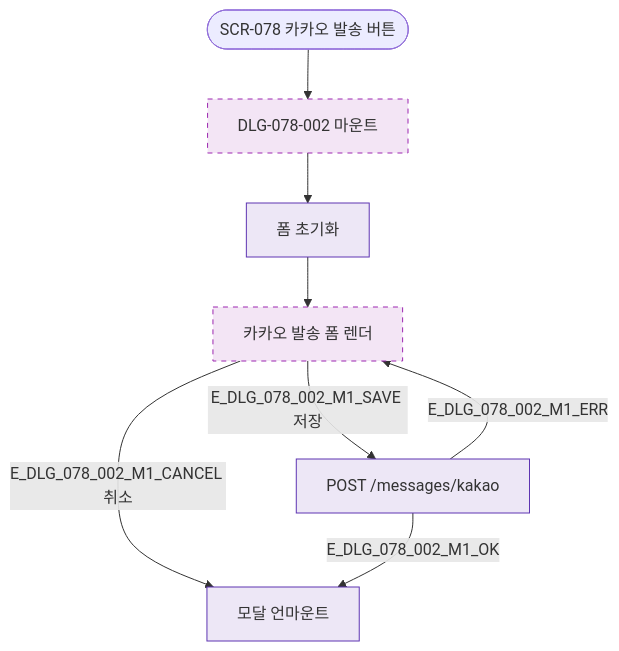
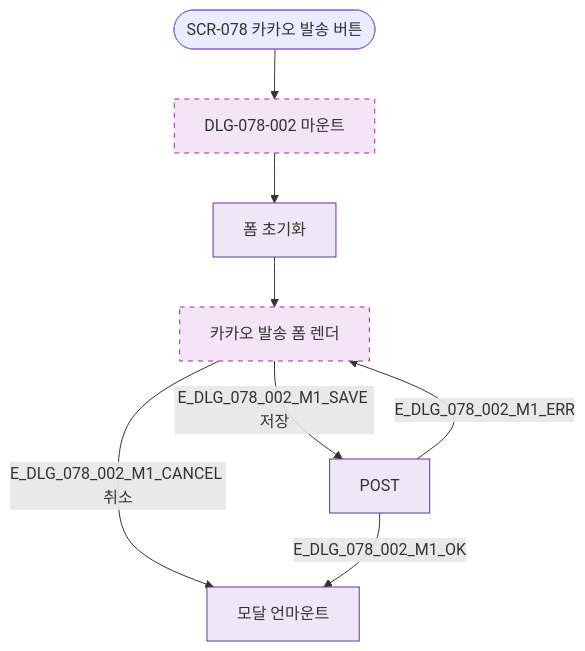
One commit to dev-spogym/admin-pando changed the diagram in docs/다이어그램/D08_마케팅/DLG/DLG-078-002/M1_모달생명주기.md. Above: the diagram before and after it, drawn with Mermaid. The commit also changed other lines of this file and 1660 other files, not shown here.

First line of the commit message:
다이어그램: 기획자/클라이언트 납품본으로 정리

````diff
--- a/docs/다이어그램/D08_마케팅/DLG/DLG-078-002/M1_모달생명주기.md
+++ b/docs/다이어그램/D08_마케팅/DLG/DLG-078-002/M1_모달생명주기.md
@@ -14,16 +12,16 @@
 ```mermaid
 flowchart TD
   TRIGGER([SCR-078 카카오 발송 버튼]) --> OPEN[DLG-078-002 마운트]
   OPEN --> INIT[폼 초기화]
   INIT --> RENDER[카카오 발송 폼 렌더]
-  RENDER -->|E_DLG_078_002_M1_SAVE 저장| SUBMIT[POST /messages/kakao]
-  RENDER -->|E_DLG_078_002_M1_CANCEL 취소| UNMOUNT[모달 언마운트]
-  SUBMIT -->|E_DLG_078_002_M1_OK| UNMOUNT
-  SUBMIT -->|E_DLG_078_002_M1_ERR| RENDER
+  RENDER -->|E_DLG_078_002_M1_SAVE 저장|SUBMIT[POST]
+  RENDER -->|E_DLG_078_002_M1_CANCEL 취소|UNMOUNT[모달 언마운트]
+  SUBMIT -->|E_DLG_078_002_M1_OK|UNMOUNT
+  SUBMIT -->|E_DLG_078_002_M1_ERR|RENDER
 
   classDef newFeature fill:#F3E5F5,stroke:#9C27B0,stroke-dasharray:5 5
-  classDef system     fill:#EDE7F6,stroke:#5E35B2
+  classDef system fill:#EDE7F6,stroke:#5E35B2
 
   class OPEN,RENDER newFeature
   class INIT,SUBMIT,UNMOUNT system
 ```
````
